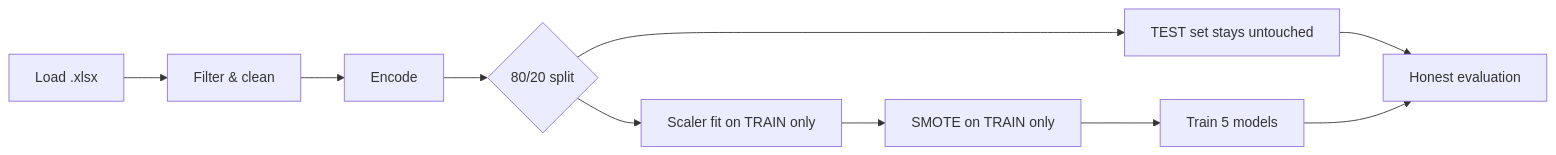
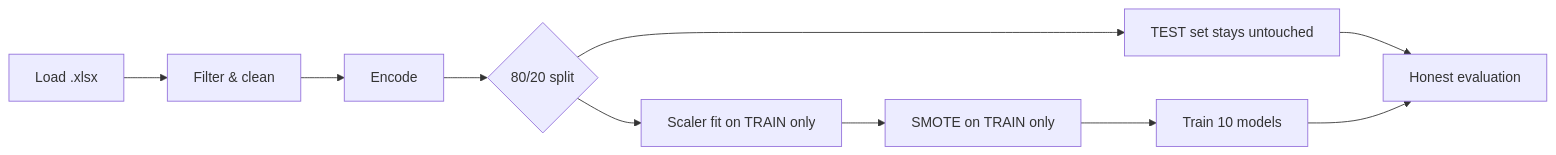
Before and after one commit to tanmay866/fraud-detection: the diagram in README.md, drawn with Mermaid. The commit also changed other lines of this file and 1 other file, not shown here.

````diff
--- a/README.md
+++ b/README.md
@@ -41,7 +42,7 @@
 ```mermaid
 flowchart LR
     A[Load .xlsx] --> B[Filter & clean] --> C[Encode] --> D{80/20 split}
-    D --> E[Scaler fit on TRAIN only] --> F[SMOTE on TRAIN only] --> G[Train 5 models]
+    D --> E[Scaler fit on TRAIN only] --> F[SMOTE on TRAIN only] --> G[Train 10 models]
     D --> H[TEST set stays untouched] --> I[Honest evaluation]
     G --> I
 ```
````
